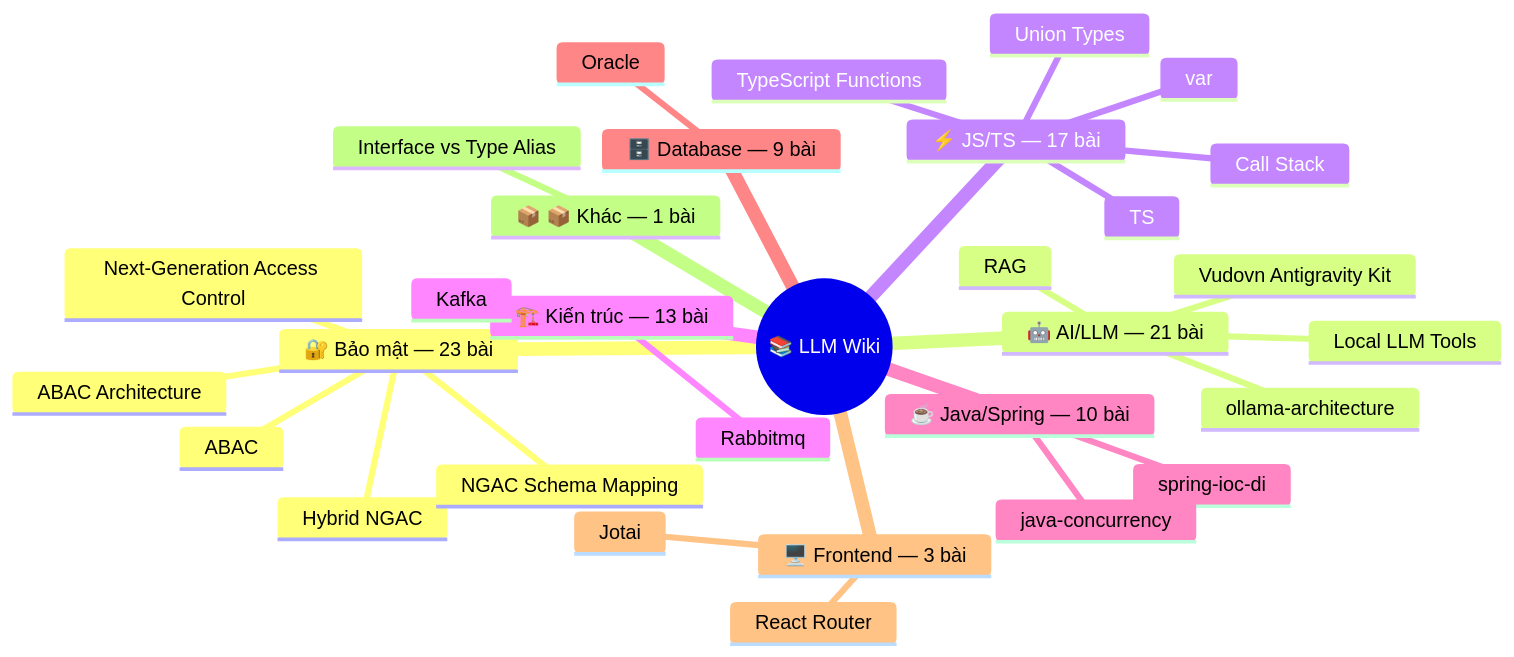
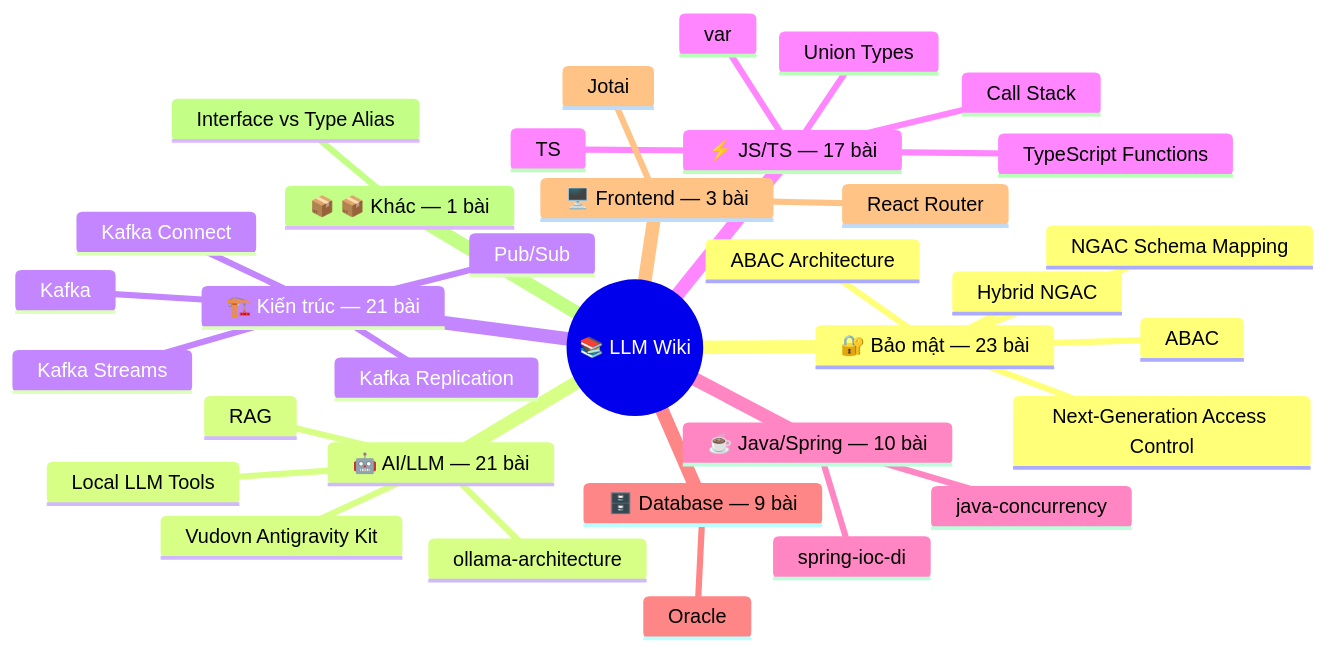
The diagram in README.md (minhquan2904/llm-wiki), drawn with Mermaid before and after one commit. The commit also changed other lines of this file and 1 other file, not shown here.

````diff
--- a/README.md
+++ b/README.md
@@ -68,34 +68,37 @@
 ```mermaid
 mindmap
   root((📚 LLM Wiki))
     🔐 Bảo mật — 23 bài
       ABAC
       Next-Generation Access Control
       Hybrid NGAC
       ABAC Architecture
       NGAC Schema Mapping
     🤖 AI/LLM — 21 bài
       ollama-architecture
       Vudovn Antigravity Kit
       RAG
       Local LLM Tools
+    🏗️ Kiến trúc — 21 bài
+      Kafka
+      Kafka Replication
+      Pub/Sub
+      Kafka Connect
+      Kafka Streams
     ⚡ JS/TS — 17 bài
       TS
       Call Stack
       var
       TypeScript Functions
       Union Types
-    🏗️ Kiến trúc — 13 bài
-      Kafka
-      Rabbitmq
     ☕ Java/Spring — 10 bài
       spring-ioc-di
       java-concurrency
     🗄️ Database — 9 bài
       Oracle
     🖥️ Frontend — 3 bài
       Jotai
       React Router
     📦 📦 Khác — 1 bài
       Interface vs Type Alias
 ```
````
